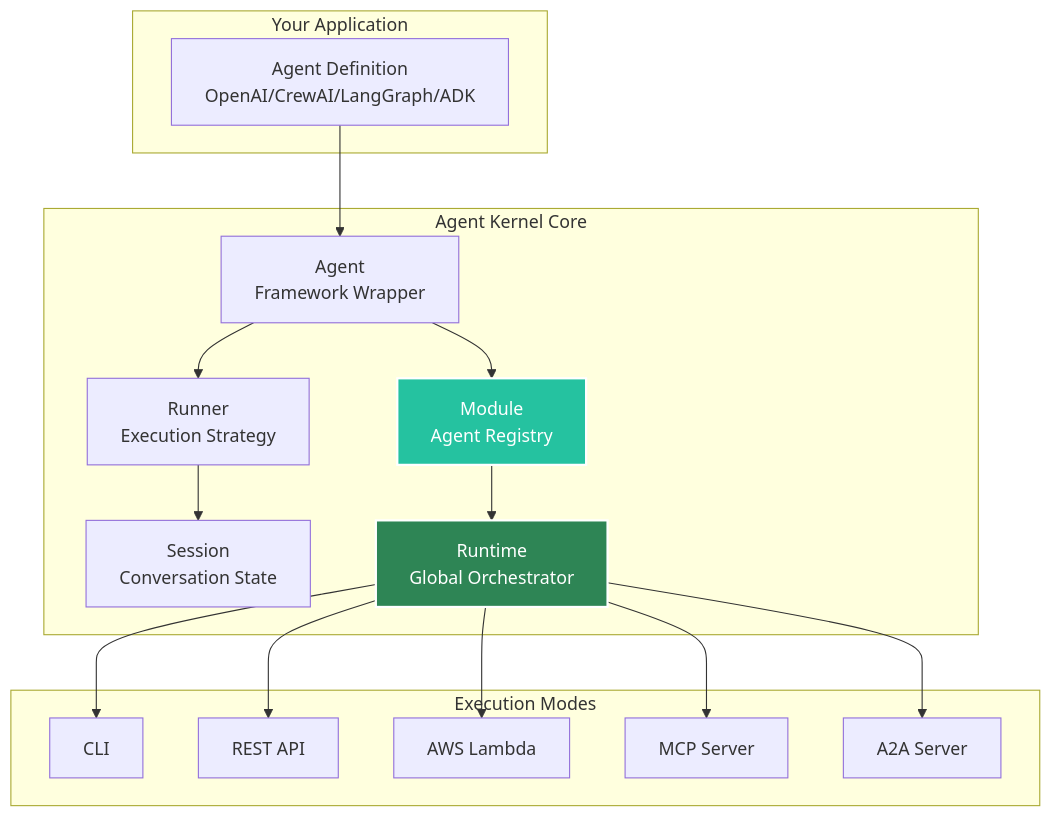
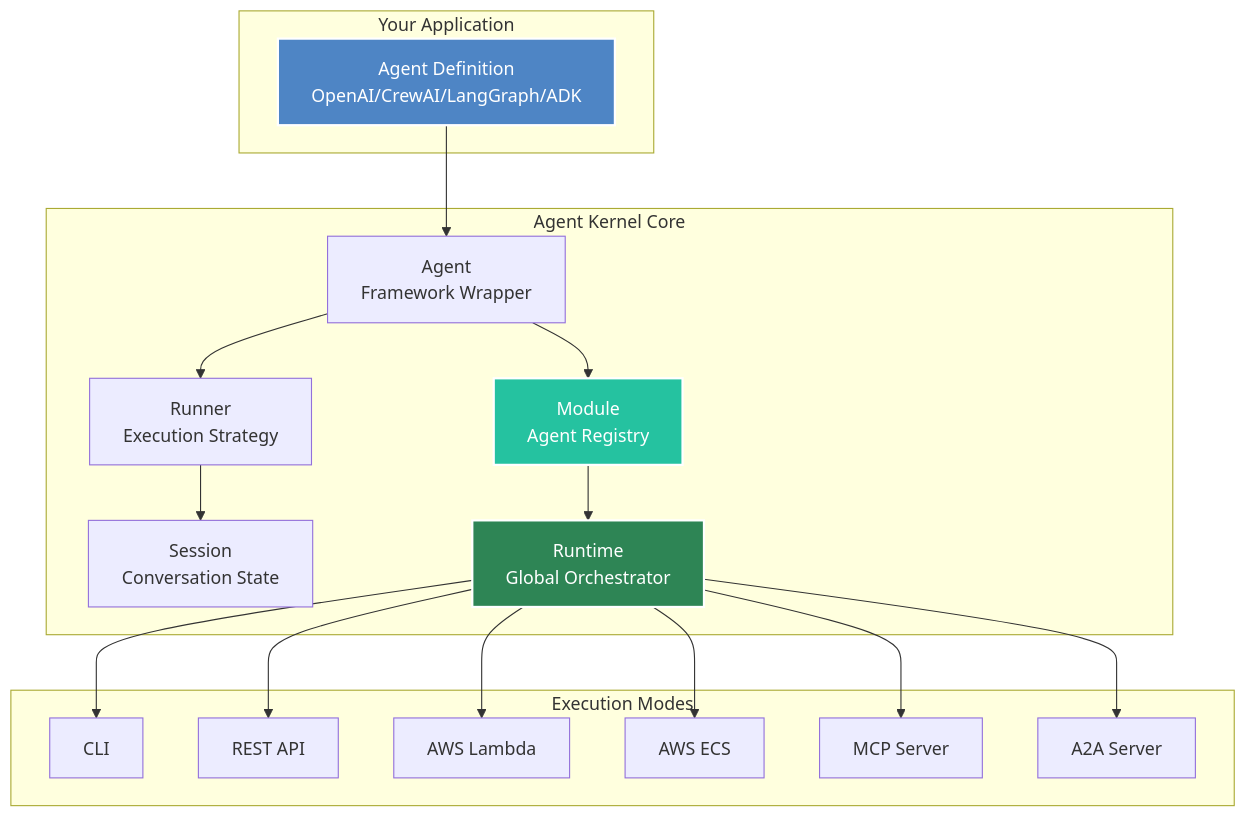
The first of 4 diagrams in docs/docs/core-concepts/overview.md (yaalalabs/agent-kernel), drawn with Mermaid before and after one commit. The commit also changed other lines of this file and 5 other files, not shown here.

````diff
--- a/docs/docs/core-concepts/overview.md
+++ b/docs/docs/core-concepts/overview.md
@@ -11,36 +11,39 @@
 ```mermaid
 graph TB
     subgraph "Your Application"
         A[Agent Definition<br/>OpenAI/CrewAI/LangGraph/ADK]
     end
     
     subgraph "Agent Kernel Core"
         B[Agent<br/>Framework Wrapper]
         C[Runner<br/>Execution Strategy]
         D[Session<br/>Conversation State]
         E[Module<br/>Agent Registry]
         F[Runtime<br/>Global Orchestrator]
     end
     
     subgraph "Execution Modes"
         G[CLI]
         H[REST API]
         I[AWS Lambda]
-        J[MCP Server]
-        K[A2A Server]
+        J[AWS ECS]
+        K[MCP Server]
+        L[A2A Server]
     end
     
     A --> B
     B --> C
     C --> D
     E --> F
     B --> E
     F --> G
     F --> H
     F --> I
     F --> J
     F --> K
+    F --> L
     
+    style A fill:#4e85c5,stroke:#fff,stroke-width:2px,color:#fff
     style F fill:#2e8555,stroke:#fff,stroke-width:2px,color:#fff
     style E fill:#25c2a0,stroke:#fff,stroke-width:2px,color:#fff
 ```
````
